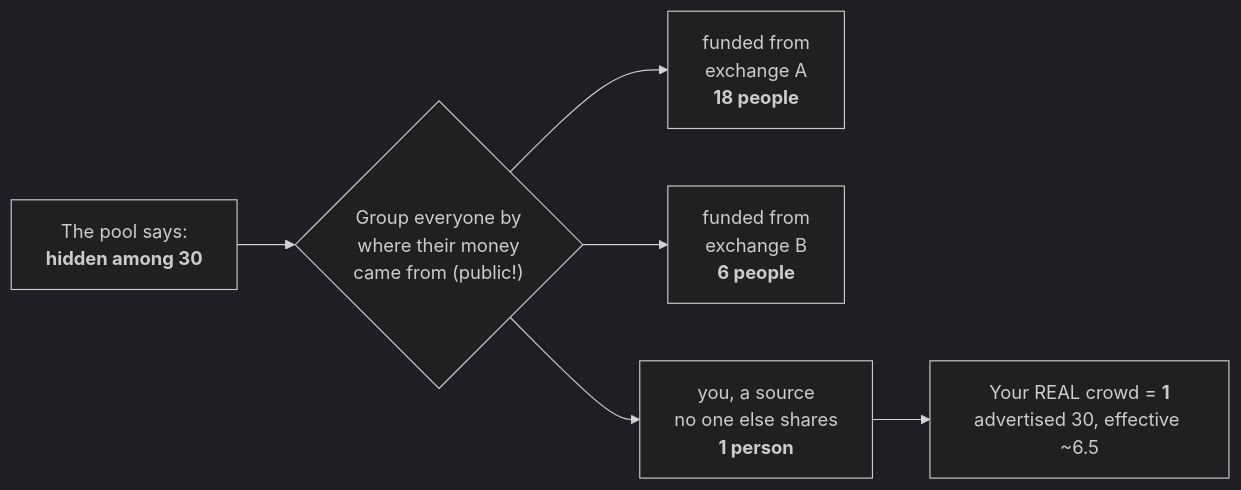
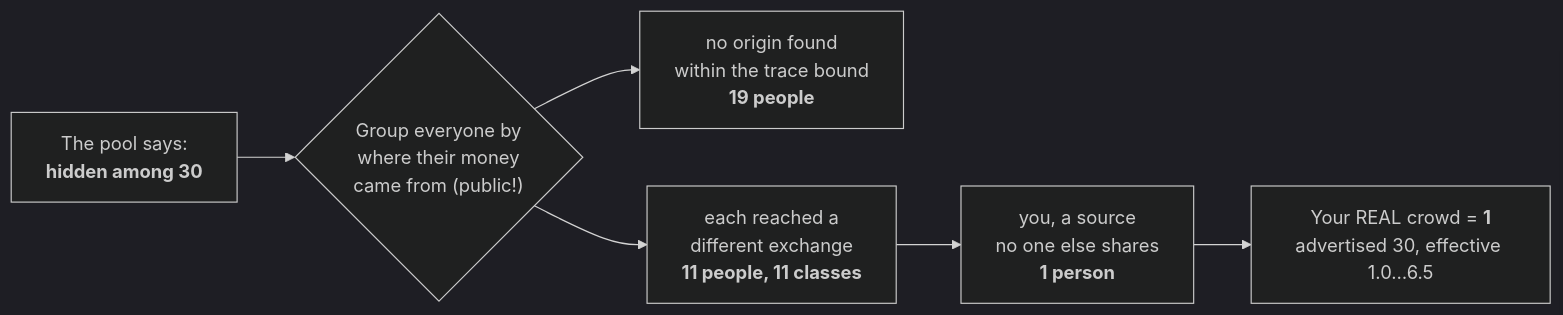
One commit to Galmanus/mirror-pool changed the first of 3 diagrams in README.md. Above: the diagram before and after it, drawn with Mermaid (dark theme). The commit also changed other lines of this file and 5 other files, not shown here.

````diff
--- a/README.md
+++ b/README.md
@@ -241,8 +246,8 @@
 ```mermaid
 flowchart LR
     P["The pool says:<br/><b>hidden among 30</b>"] --> S{"Group everyone by<br/>where their money<br/>came from (public!)"}
-    S --> G1["funded from<br/>exchange A<br/><b>18 people</b>"]
-    S --> G2["funded from<br/>exchange B<br/><b>6 people</b>"]
-    S --> G3["you, a source<br/>no one else shares<br/><b>1 person</b>"]
-    G3 --> R["Your REAL crowd = <b>1</b><br/>advertised 30, effective ~6.5"]
+    S --> G1["no origin found<br/>within the trace bound<br/><b>19 people</b>"]
+    S --> G2["each reached a<br/>different exchange<br/><b>11 people, 11 classes</b>"]
+    G2 --> G3["you, a source<br/>no one else shares<br/><b>1 person</b>"]
+    G3 --> R["Your REAL crowd = <b>1</b><br/>advertised 30, effective 1.0…6.5"]
 ```
````
